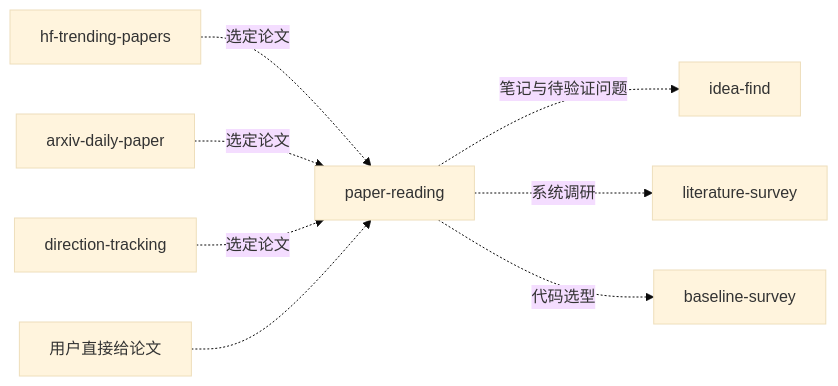
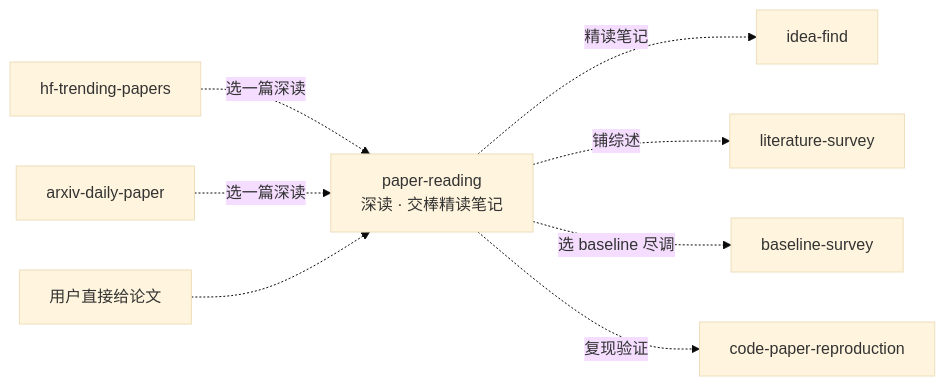
Before and after one commit to jackwang0108/dl-assistant: the first of 2 diagrams in plugins/dl-assistant/skills/paper-reading/SKILL.md, drawn with Mermaid (base theme). The commit also changed other lines of this file and 256 other files, not shown here.

````diff
--- a/plugins/dl-assistant/skills/paper-reading/SKILL.md
+++ b/plugins/dl-assistant/skills/paper-reading/SKILL.md
@@ -12,10 +20,11 @@
 ```mermaid
 flowchart LR
-    HF[hf-trending-papers] -.->|选定论文| PR[paper-reading]
-    AD[arxiv-daily-paper] -.->|选定论文| PR
-    DT[direction-tracking] -.->|选定论文| PR
-    USER[用户直接给论文] -.-> PR
-    PR -.->|笔记与待验证问题| IF[idea-find]
-    PR -.->|系统调研| LS[literature-survey]
-    PR -.->|代码选型| BS[baseline-survey]
+    HF[hf-trending-papers] -.->|选一篇深读| PR
+    AD[arxiv-daily-paper] -.->|选一篇深读| PR
+    USER["用户直接给论文"] -.-> PR
+    PR["paper-reading<br/>深读 · 交棒精读笔记"]
+    PR -.->|精读笔记| IF[idea-find]
+    PR -.->|铺综述| LS[literature-survey]
+    PR -.->|选 baseline 尽调| BS[baseline-survey]
+    PR -.->|复现验证| CPR[code-paper-reproduction]
 ```
````
